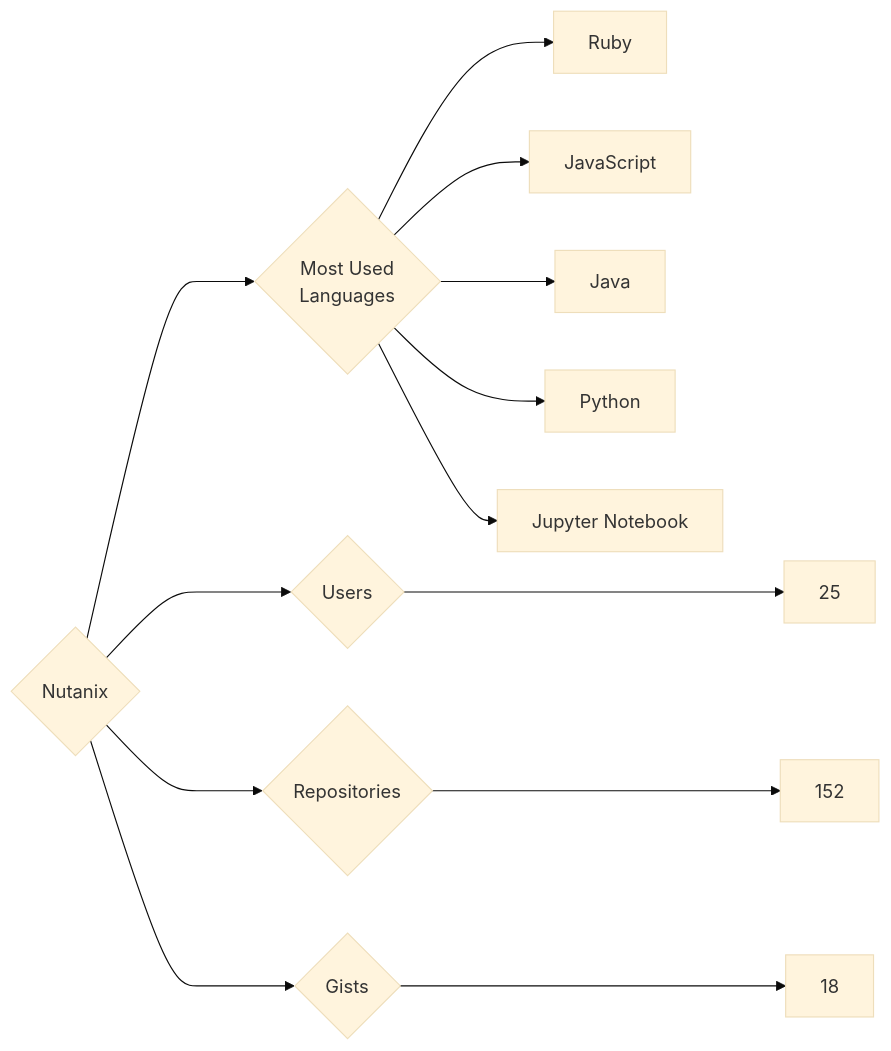
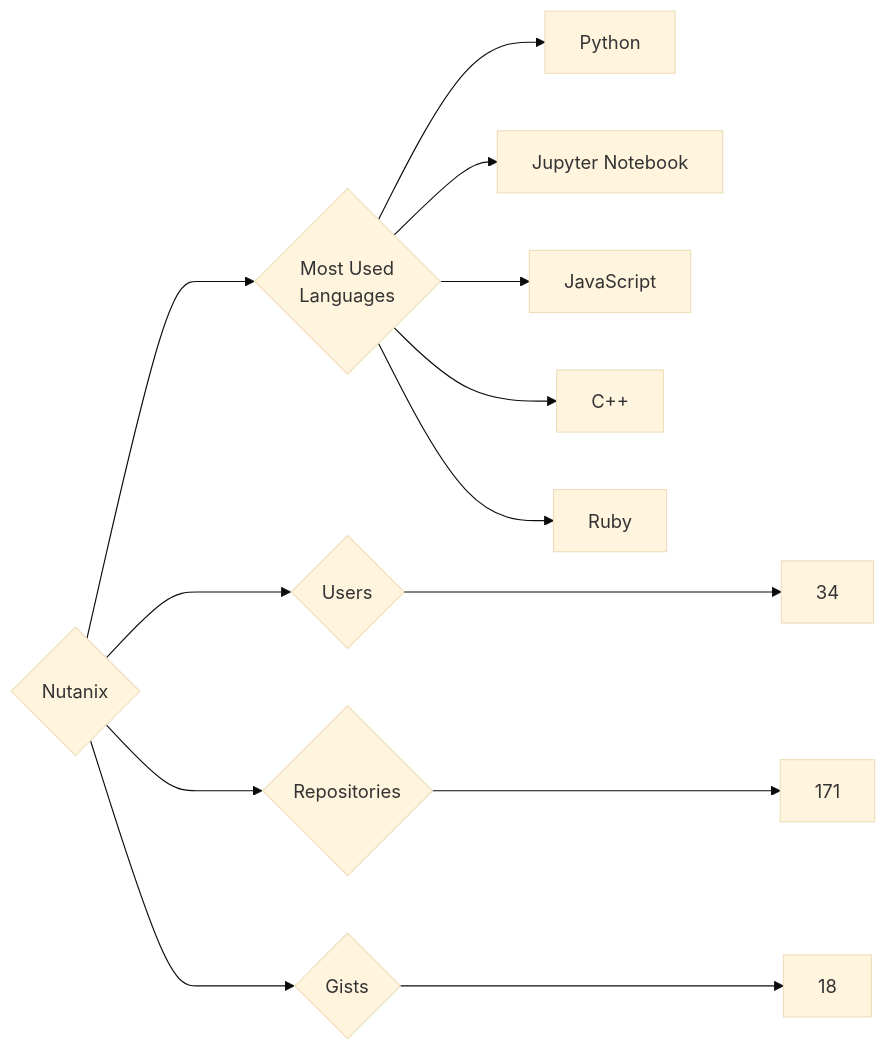
The diagram in targets/Nutanix/README.md (trickest/insiders), drawn with Mermaid (base theme) before and after one commit. The commit also changed 823 other files, not shown here.

````diff
--- a/targets/Nutanix/README.md
+++ b/targets/Nutanix/README.md
@@ -3,13 +3,13 @@
 ```mermaid
 graph LR
 COMPANY_NAME{Nutanix}
-COMPANY_NAME ---> U{Users} ---> UN[25]
-COMPANY_NAME ---> R{Repositories} ---> RN[152]
+COMPANY_NAME ---> U{Users} ---> UN[34]
+COMPANY_NAME ---> R{Repositories} ---> RN[171]
 COMPANY_NAME ---> G{Gists} ---> GN[18]
 COMPANY_NAME ---> ML{Most Used<br>Languages}
-ML --> Ruby[Ruby]
-ML --> JavaScript[JavaScript]
-ML --> Java[Java]
 ML --> Python[Python]
 ML --> Jupyter_Notebook[Jupyter Notebook]
+ML --> JavaScript[JavaScript]
+ML --> C++[C++]
+ML --> Ruby[Ruby]
 ```
````
